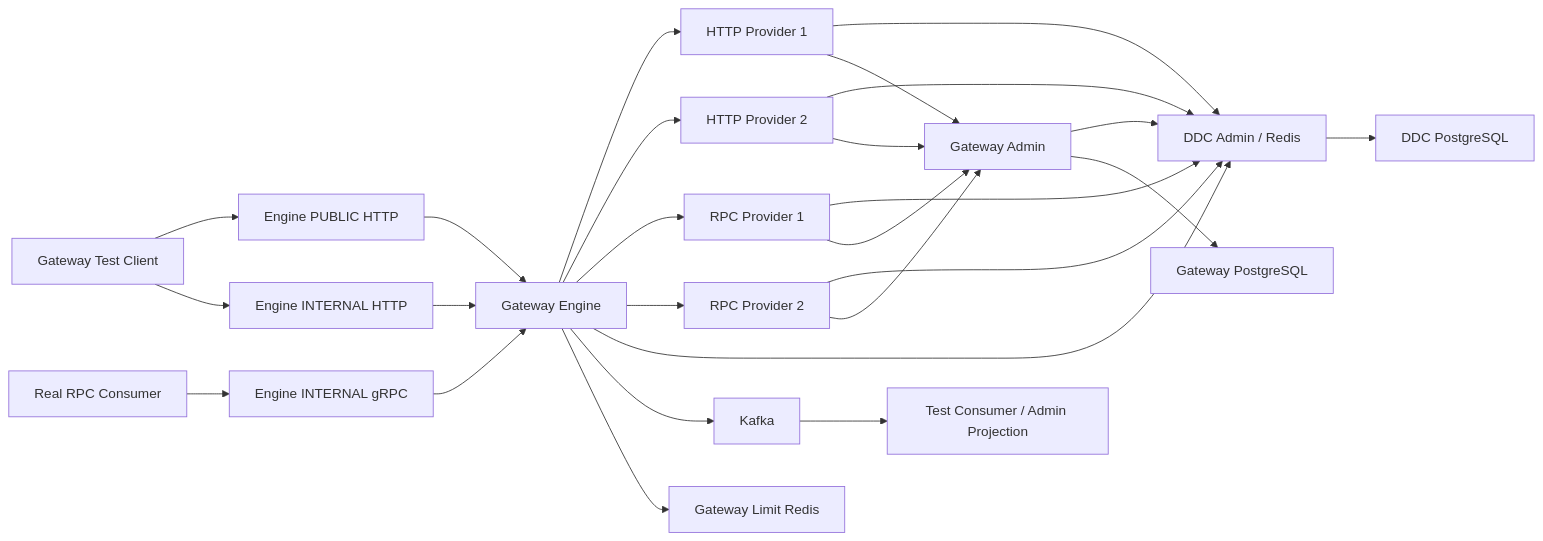
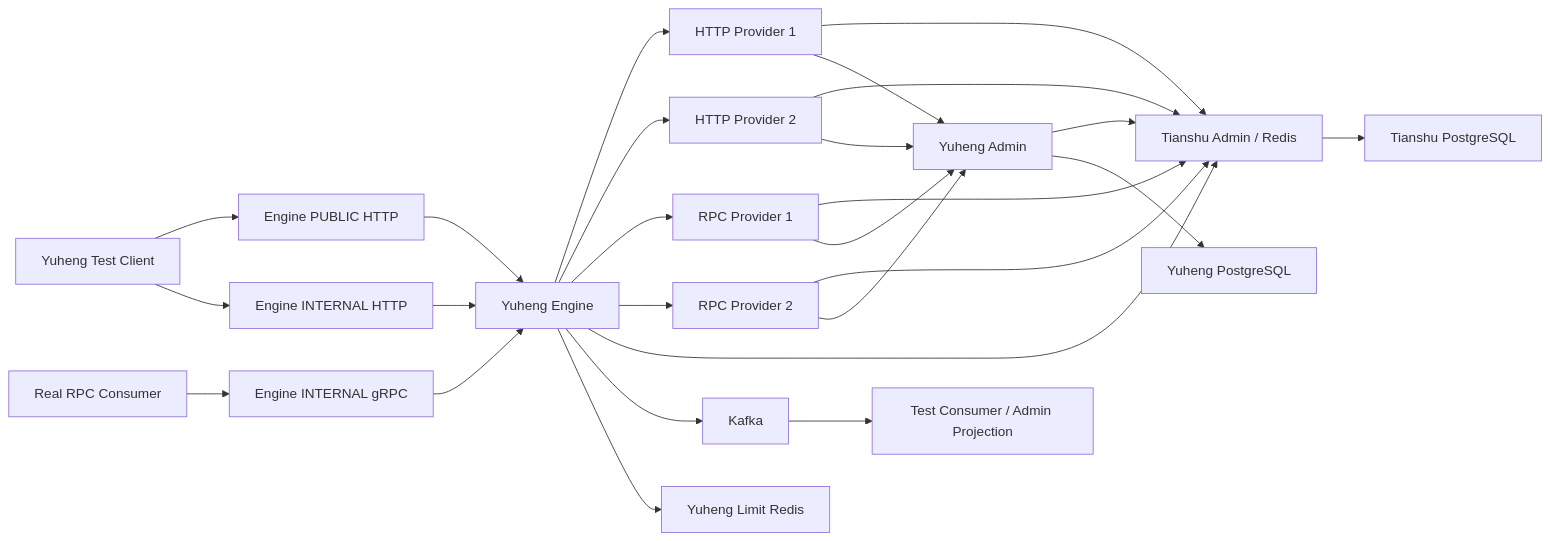
Before and after one commit to AllenDEricDAlexander/Egon-COLA: the diagram in docs/superpowers/specs/2026-07-25-gateway-test-deployment-design.md, drawn with Mermaid. The commit also changed other lines of this file and 233 other files, not shown here.

````diff
--- a/docs/superpowers/specs/2026-07-25-gateway-test-deployment-design.md
+++ b/docs/superpowers/specs/2026-07-25-gateway-test-deployment-design.md
@@ -181,34 +181,34 @@
 ```mermaid
 flowchart LR
-    TestClient["Gateway Test Client"] --> Public["Engine PUBLIC HTTP"]
+    TestClient["Yuheng Test Client"] --> Public["Engine PUBLIC HTTP"]
     TestClient --> Internal["Engine INTERNAL HTTP"]
     RpcConsumer["Real RPC Consumer"] --> RpcSlot["Engine INTERNAL gRPC"]
 
-    Public --> Engine["Gateway Engine"]
+    Public --> Engine["Yuheng Engine"]
     Internal --> Engine
     RpcSlot --> Engine
 
     Engine --> Http1["HTTP Provider 1"]
     Engine --> Http2["HTTP Provider 2"]
     Engine --> Rpc1["RPC Provider 1"]
     Engine --> Rpc2["RPC Provider 2"]
 
-    Http1 --> Ddc["DDC Admin / Redis"]
+    Http1 --> Ddc["Tianshu Admin / Redis"]
     Http2 --> Ddc
     Rpc1 --> Ddc
     Rpc2 --> Ddc
     Engine --> Ddc
-    Admin["Gateway Admin"] --> Ddc
+    Admin["Yuheng Admin"] --> Ddc
 
     Http1 --> Admin
     Http2 --> Admin
     Rpc1 --> Admin
     Rpc2 --> Admin
 
     Engine --> Kafka["Kafka"]
     Kafka --> Consumer["Test Consumer / Admin Projection"]
 
-    Admin --> GatewayDb["Gateway PostgreSQL"]
-    Ddc --> DdcDb["DDC PostgreSQL"]
-    Engine --> LimitRedis["Gateway Limit Redis"]
+    Admin --> GatewayDb["Yuheng PostgreSQL"]
+    Ddc --> DdcDb["Tianshu PostgreSQL"]
+    Engine --> LimitRedis["Yuheng Limit Redis"]
 ```
````
